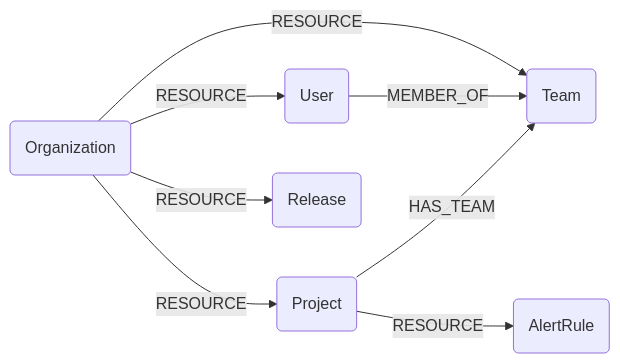
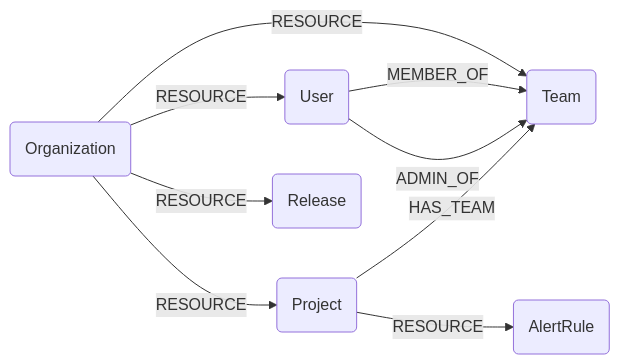
One commit to cartography-cncf/cartography changed the diagram in docs/root/modules/sentry/schema.md. Above: the diagram before and after it, drawn with Mermaid. The commit also changed other lines of this file and 9 other files, not shown here.

````diff
--- a/docs/root/modules/sentry/schema.md
+++ b/docs/root/modules/sentry/schema.md
@@ -3,10 +3,11 @@
 ```mermaid
 graph LR
 O(Organization) -- RESOURCE --> T(Team)
 O -- RESOURCE --> U(User)
 O -- RESOURCE --> P(Project)
 O -- RESOURCE --> R(Release)
 P -- RESOURCE --> A(AlertRule)
 U -- MEMBER_OF --> T
+U -- ADMIN_OF --> T
 P -- HAS_TEAM --> T
 ```
````
